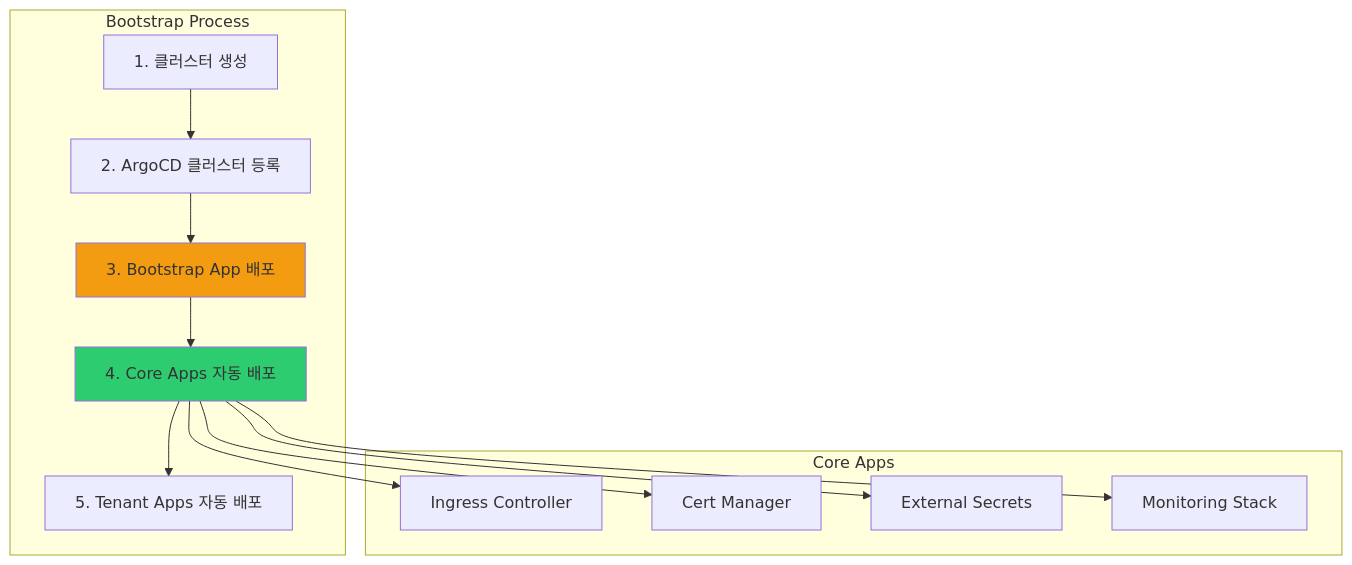
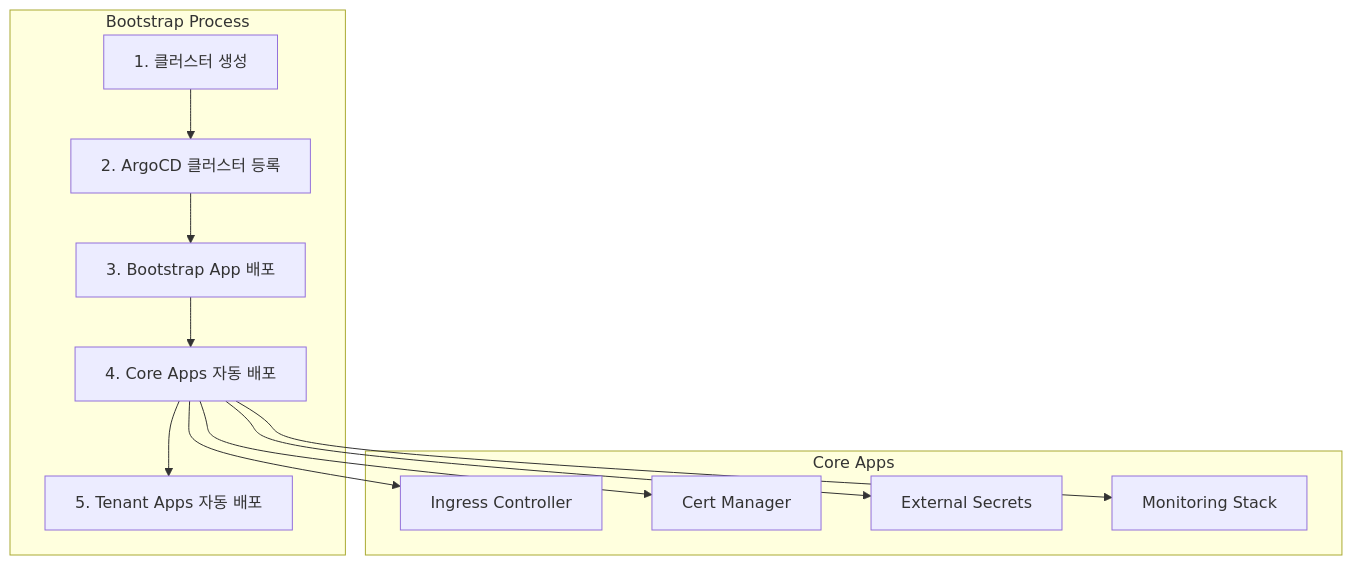
One commit to juwon8891/juwon8891.github.io changed the seventh of 12 diagrams in docs/cicd/week6-argocd-final.md. Above: the diagram before and after it, drawn with Mermaid. The commit also changed other lines of this file and 18 other files, not shown here.

Commit message:
Remove bright colors from Mermaid diagrams for dark mode compatibility

````diff
--- a/docs/cicd/week6-argocd-final.md
+++ b/docs/cicd/week6-argocd-final.md
@@ -823,30 +812,28 @@
 ```mermaid
 graph TB
     subgraph "Bootstrap Process"
         C1[1. 클러스터 생성]
         C2[2. ArgoCD 클러스터 등록]
         C3[3. Bootstrap App 배포]
         C4[4. Core Apps 자동 배포]
         C5[5. Tenant Apps 자동 배포]
     end
 
     C1 --> C2
     C2 --> C3
     C3 --> C4
     C4 --> C5
 
     subgraph "Core Apps"
         A1[Ingress Controller]
         A2[Cert Manager]
         A3[External Secrets]
         A4[Monitoring Stack]
     end
 
     C4 --> A1
     C4 --> A2
     C4 --> A3
     C4 --> A4
 
-    style C3 fill:#F39C12
-    style C4 fill:#2ECC71
 ```
````
